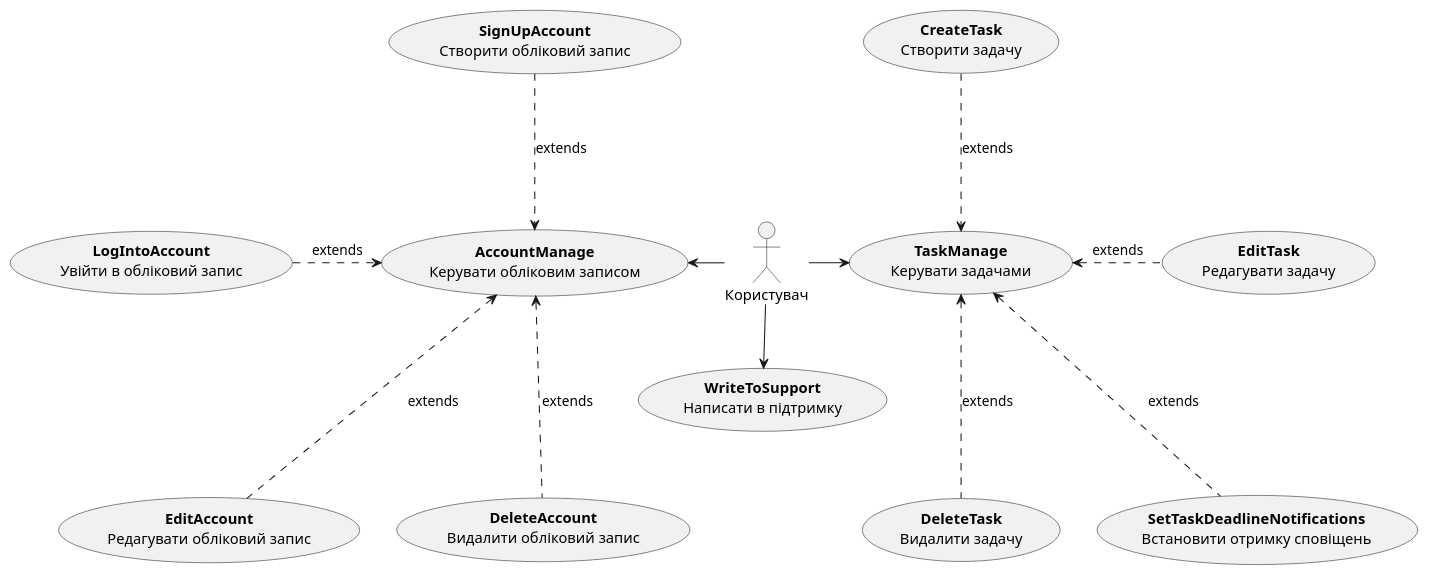
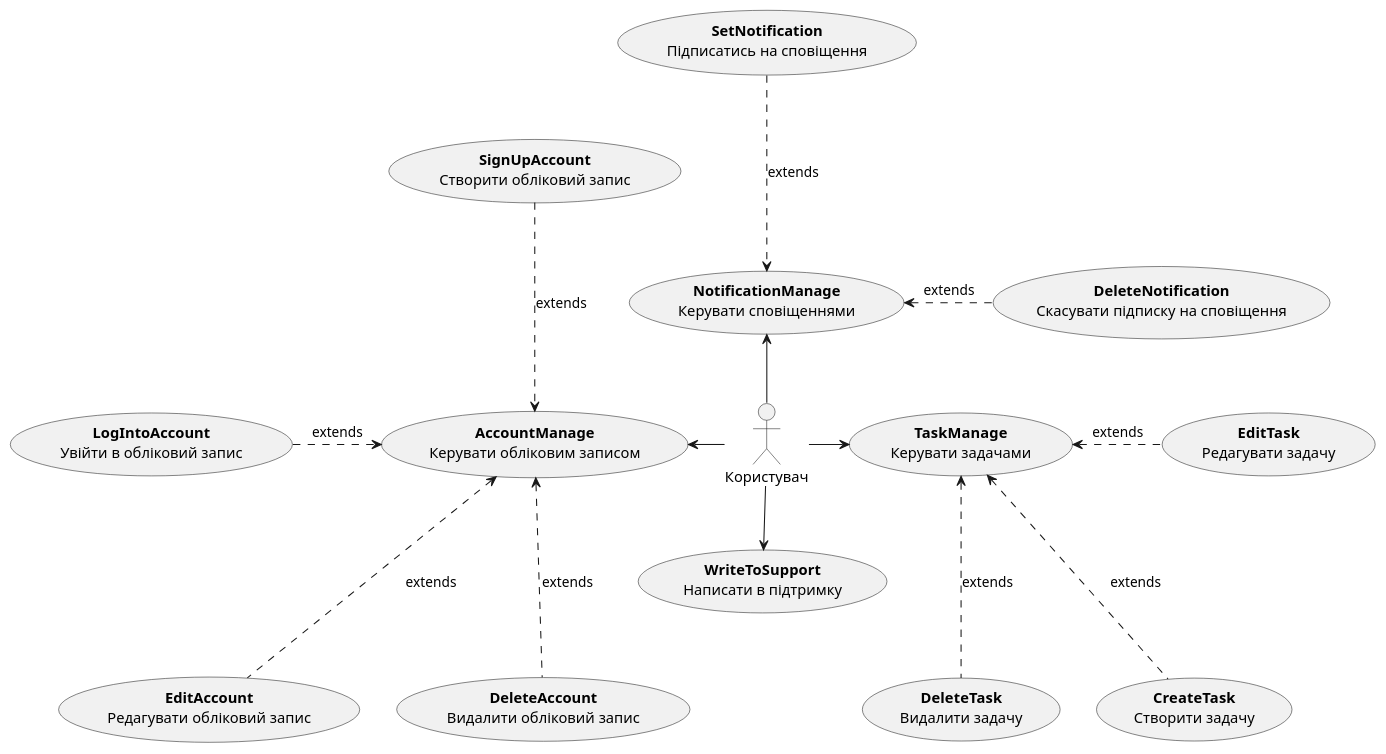
The second of 29 diagrams in docs/use cases/README.md (boldak/edu-db-cw), drawn with PlantUML before and after one commit. The commit also changed other lines of this file and 1 other file, not shown here.

Commit message:
Fix the logic of notifications

```diff
--- a/docs/use cases/README.md
+++ b/docs/use cases/README.md
@@ -63,32 +65,38 @@
 @startuml
 actor "Користувач" as User
 
 usecase "<b>AccountManage</b>\nКерувати обліковим записом" as AccountManage
+usecase "<b>NotificationManage</b>\nКерувати сповіщеннями" as NotificationManage
 usecase "<b>TaskManage</b>\nКерувати задачами" as TaskManage
 usecase "<b>WriteToSupport</b>\nНаписати в підтримку" as WriteToSupport
 
 User -l-> AccountManage
+User -u-> NotificationManage
 User -r-> TaskManage
 User -d-> WriteToSupport
 
 usecase "<b>SignUpAccount</b>\nСтворити обліковий запис" as SignUpAccount
 usecase "<b>LogIntoAccount</b>\nУвійти в обліковий запис" as LogIntoAccount
 usecase "<b>EditAccount</b>\nРедагувати обліковий запис" as EditAccount
 usecase "<b>DeleteAccount</b>\nВидалити обліковий запис" as DeleteAccount
 
 SignUpAccount ..d.> AccountManage :extends
 LogIntoAccount ..r.> AccountManage :extends
 EditAccount ..u.> AccountManage :extends
 DeleteAccount ..u.> AccountManage :extends
 
+usecase "<b>SetNotification</b>\nПідписатись на сповіщення" as SetNotification
+usecase "<b>DeleteNotification</b>\nСкасувати підписку на сповіщення" as DeleteNotification
+
+SetNotification ..d.> NotificationManage :extends
+DeleteNotification ..l.> NotificationManage :extends
+
 usecase "<b>CreateTask</b>\nСтворити задачу" as CreateTask
 usecase "<b>EditTask</b>\nРедагувати задачу" as EditTask
-usecase "<b>SetTaskDeadlineNotifications</b>\nВстановити отримку сповіщень" as SetTaskDeadlineNotifications
 usecase "<b>DeleteTask</b>\nВидалити задачу" as DeleteTask
 
-CreateTask ..d.> TaskManage :extends
+CreateTask ..u.> TaskManage :extends
 EditTask ..l.> TaskManage :extends
-SetTaskDeadlineNotifications ..u.> TaskManage :extends
 DeleteTask ..u.> TaskManage :extends
 
 @enduml
```
